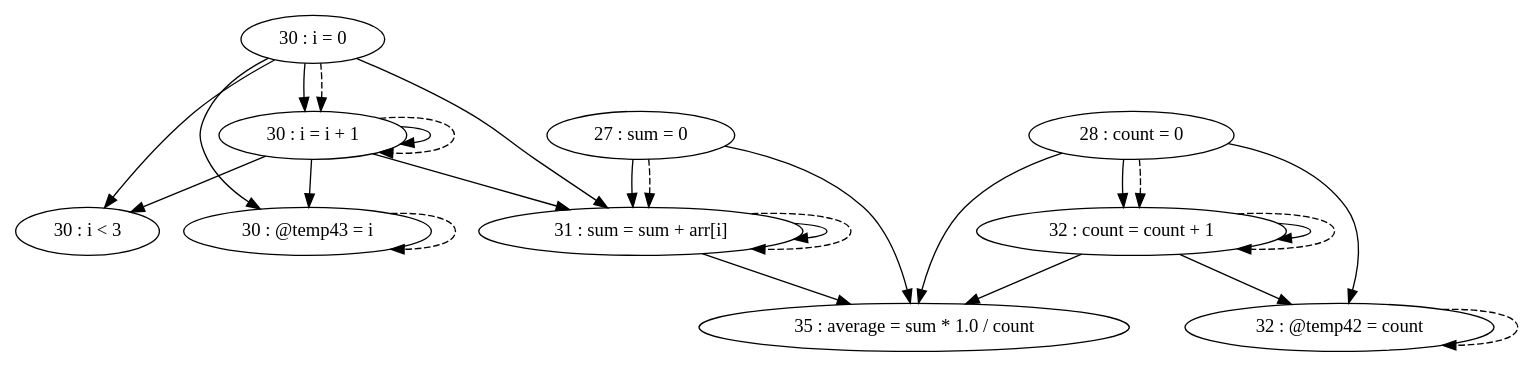
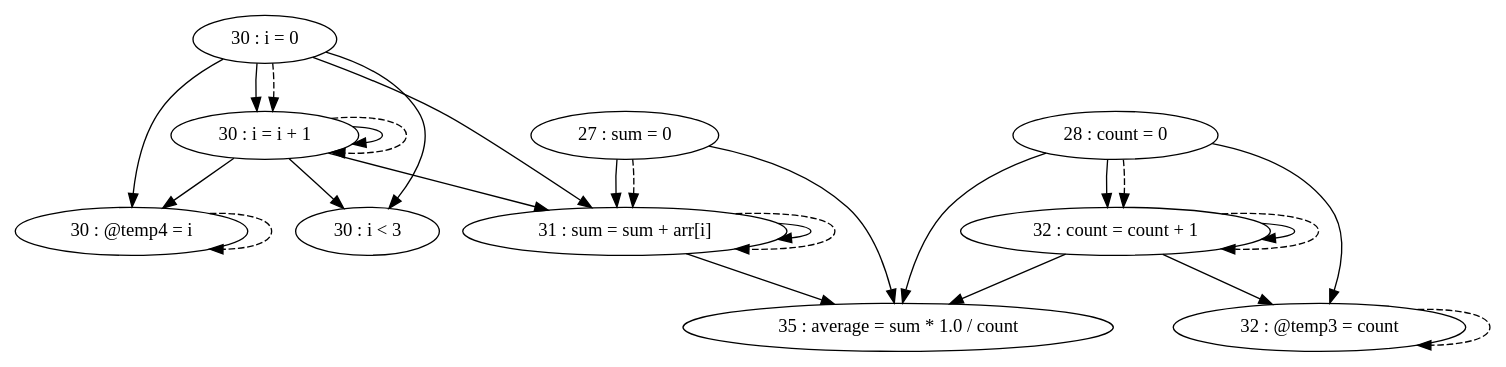
Before and after one commit to thomassimko/thesis-code-duplication: the diagram in pdg/source/testFiles/TestCases/TestCase1/TestCase1-test2.gv, drawn with Graphviz. The commit also changed 3297 other files, not shown here.

```diff
--- a/pdg/source/testFiles/TestCases/TestCase1/TestCase1-test2.gv
+++ b/pdg/source/testFiles/TestCases/TestCase1/TestCase1-test2.gv
@@ -1,38 +1,38 @@
 digraph G {
 "27 : sum = 0"
+"27 : sum = 0" -> "31 : sum = sum + arr[i]"
 "27 : sum = 0" -> "35 : average = sum * 1.0 / count"
-"27 : sum = 0" -> "31 : sum = sum + arr[i]"
 "27 : sum = 0" -> "31 : sum = sum + arr[i]" [style=dashed]
 "28 : count = 0"
+"28 : count = 0" -> "32 : @temp3 = count"
+"28 : count = 0" -> "32 : count = count + 1"
 "28 : count = 0" -> "35 : average = sum * 1.0 / count"
-"28 : count = 0" -> "32 : count = count + 1"
-"28 : count = 0" -> "32 : @temp42 = count"
 "28 : count = 0" -> "32 : count = count + 1" [style=dashed]
 "30 : i = 0"
+"30 : i = 0" -> "30 : i < 3"
+"30 : i = 0" -> "31 : sum = sum + arr[i]"
+"30 : i = 0" -> "30 : @temp4 = i"
 "30 : i = 0" -> "30 : i = i + 1"
-"30 : i = 0" -> "31 : sum = sum + arr[i]"
-"30 : i = 0" -> "30 : @temp43 = i"
-"30 : i = 0" -> "30 : i < 3"
 "30 : i = 0" -> "30 : i = i + 1" [style=dashed]
 "30 : i < 3"
 "31 : sum = sum + arr[i]"
+"31 : sum = sum + arr[i]" -> "31 : sum = sum + arr[i]"
 "31 : sum = sum + arr[i]" -> "35 : average = sum * 1.0 / count"
-"31 : sum = sum + arr[i]" -> "31 : sum = sum + arr[i]"
 "31 : sum = sum + arr[i]" -> "31 : sum = sum + arr[i]" [style=dashed]
-"32 : @temp42 = count"
-"32 : @temp42 = count" -> "32 : @temp42 = count" [style=dashed]
+"32 : @temp3 = count"
+"32 : @temp3 = count" -> "32 : @temp3 = count" [style=dashed]
 "32 : count = count + 1"
+"32 : count = count + 1" -> "32 : @temp3 = count"
+"32 : count = count + 1" -> "32 : count = count + 1"
 "32 : count = count + 1" -> "35 : average = sum * 1.0 / count"
-"32 : count = count + 1" -> "32 : count = count + 1"
-"32 : count = count + 1" -> "32 : @temp42 = count"
 "32 : count = count + 1" -> "32 : count = count + 1" [style=dashed]
-"30 : @temp43 = i"
-"30 : @temp43 = i" -> "30 : @temp43 = i" [style=dashed]
+"30 : @temp4 = i"
+"30 : @temp4 = i" -> "30 : @temp4 = i" [style=dashed]
 "30 : i = i + 1"
+"30 : i = i + 1" -> "30 : i < 3"
+"30 : i = i + 1" -> "31 : sum = sum + arr[i]"
+"30 : i = i + 1" -> "30 : @temp4 = i"
 "30 : i = i + 1" -> "30 : i = i + 1"
-"30 : i = i + 1" -> "31 : sum = sum + arr[i]"
-"30 : i = i + 1" -> "30 : @temp43 = i"
-"30 : i = i + 1" -> "30 : i < 3"
 "30 : i = i + 1" -> "30 : i = i + 1" [style=dashed]
 "35 : average = sum * 1.0 / count"
 }
```
